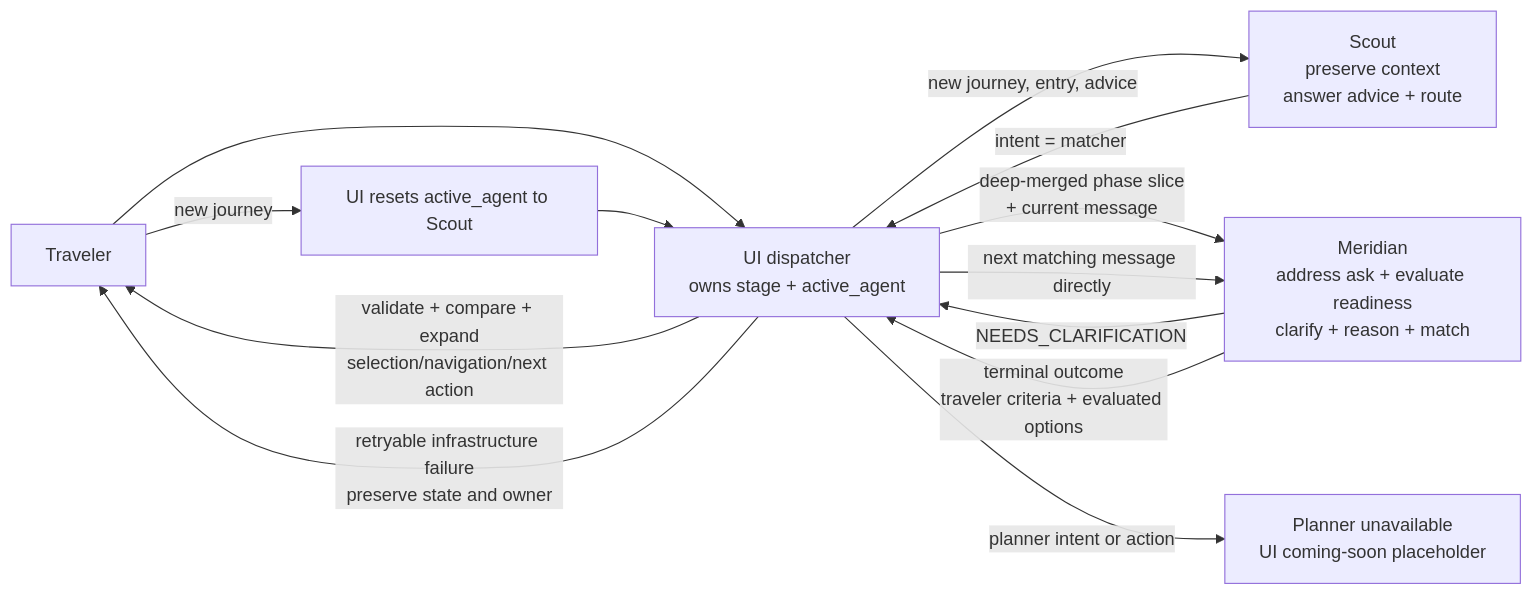
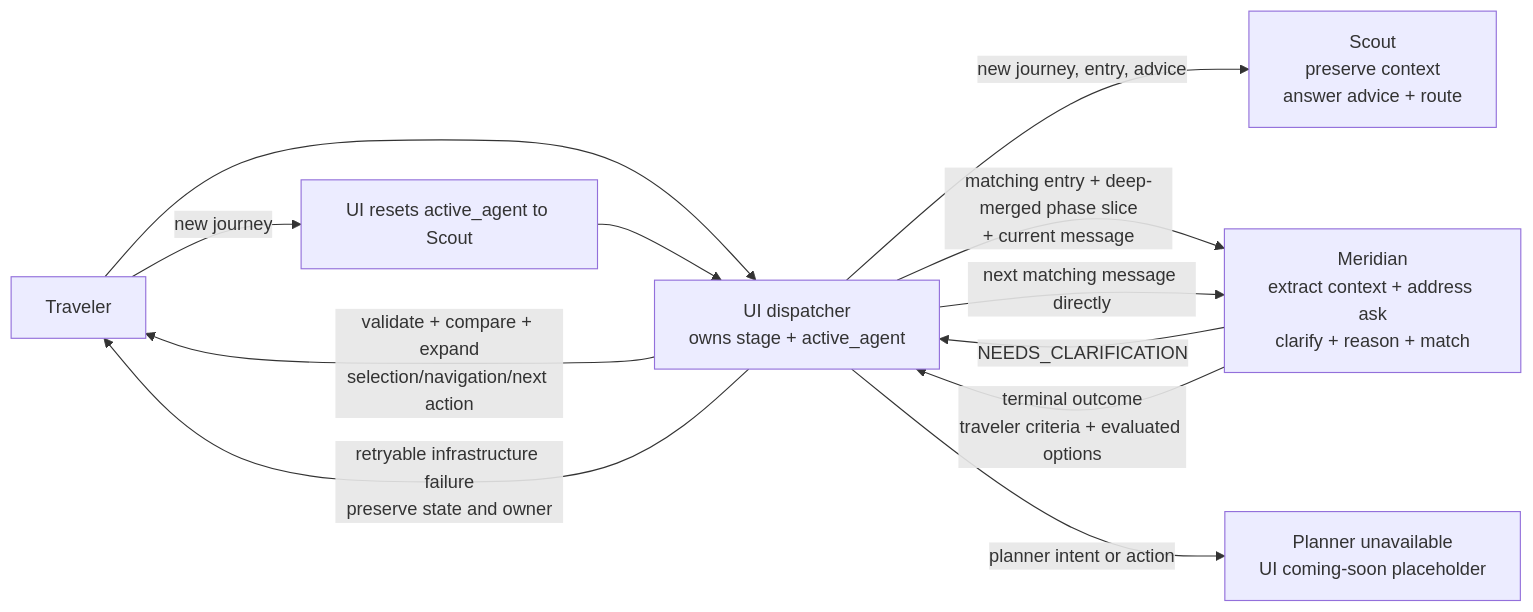
One commit to agarwalnaina1496/TWM_Docs changed the diagram in ARCHITECTURE.md. Above: the diagram before and after it, drawn with Mermaid. The commit also changed other lines of this file and 8 other files, not shown here.

````diff
--- a/ARCHITECTURE.md
+++ b/ARCHITECTURE.md
@@ -24,14 +24,13 @@
 ```mermaid
 flowchart LR
     Traveler["Traveler"] --> UI["UI dispatcher<br/>owns stage + active_agent"]
     UI -->|new journey, entry, advice| Scout["Scout<br/>preserve context<br/>answer advice + route"]
-    Scout -->|intent = matcher| UI
-    UI -->|deep-merged phase slice<br/>+ current message| Meridian["Meridian<br/>address ask + evaluate readiness<br/>clarify + reason + match"]
+    UI -->|matching entry + deep-merged phase slice<br/>+ current message| Meridian["Meridian<br/>extract context + address ask<br/>clarify + reason + match"]
     Meridian -->|NEEDS_CLARIFICATION| UI
     UI -->|next matching message directly| Meridian
     Meridian -->|terminal outcome<br/>traveler criteria + evaluated options| UI
     UI -->|validate + compare + expand<br/>selection/navigation/next action| Traveler
     UI -->|planner intent or action| Placeholder["Planner unavailable<br/>UI coming-soon placeholder"]
     UI -->|retryable infrastructure failure<br/>preserve state and owner| Traveler
     Traveler -->|new journey| Reset["UI resets active_agent to Scout"] --> UI
 ```
````
